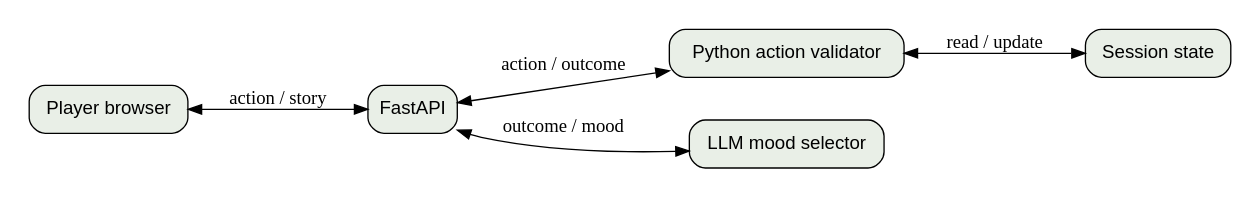
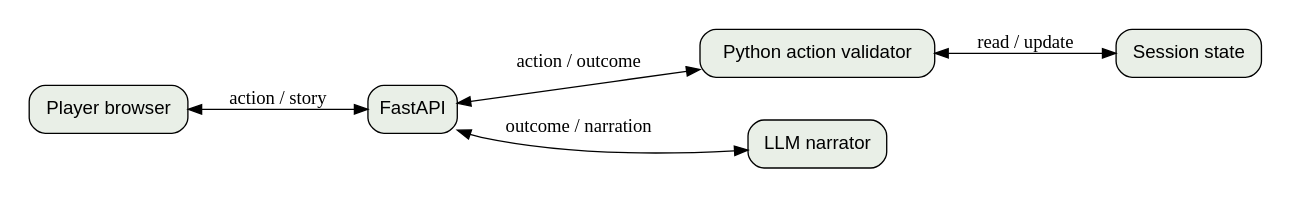
Before and after one commit to poorviika/AI-Escape-Room: the diagram in docs/v2.dot, drawn with Graphviz. The commit also changed 10 other files, not shown here.

Commit message:
Update report, architecture and observed test evidence

```diff
--- a/docs/v2.dot
+++ b/docs/v2.dot
@@ -1,9 +1,9 @@
 digraph {
   graph [bgcolor="white", pad=.2, nodesep=.45, rankdir=LR];
   node [shape=box, style="rounded,filled", fillcolor="#e9efe7", fontname="Helvetica"];
-  browser [label="Player browser"]; api [label="FastAPI"]; engine [label="Python action validator"]; state [label="Session state"]; model [label="LLM mood selector"];
+  browser [label="Player browser"]; api [label="FastAPI"]; engine [label="Python action validator"]; state [label="Session state"]; model [label="LLM narrator"];
   browser -> api [dir=both, label=" action / story"];
   api -> engine [dir=both, label=" action / outcome"];
   engine -> state [dir=both, label=" read / update"];
-  api -> model [dir=both, label=" outcome / mood"];
+  api -> model [dir=both, label=" outcome / narration"];
 }
```
